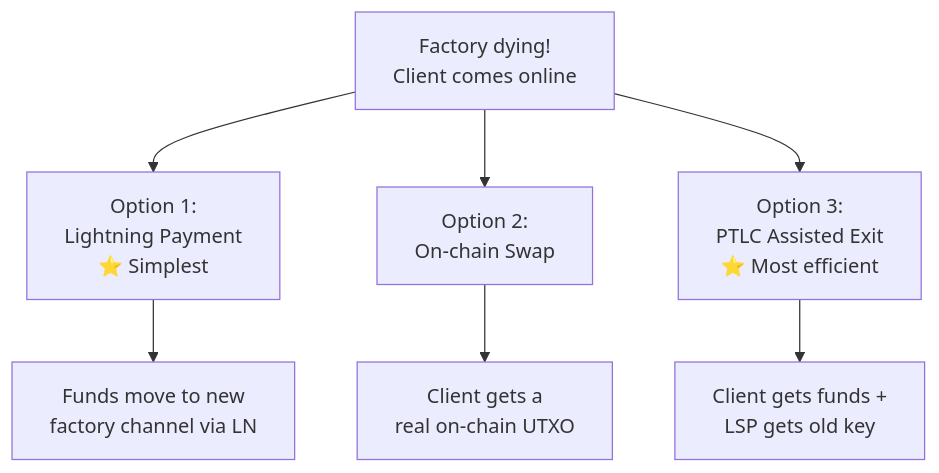
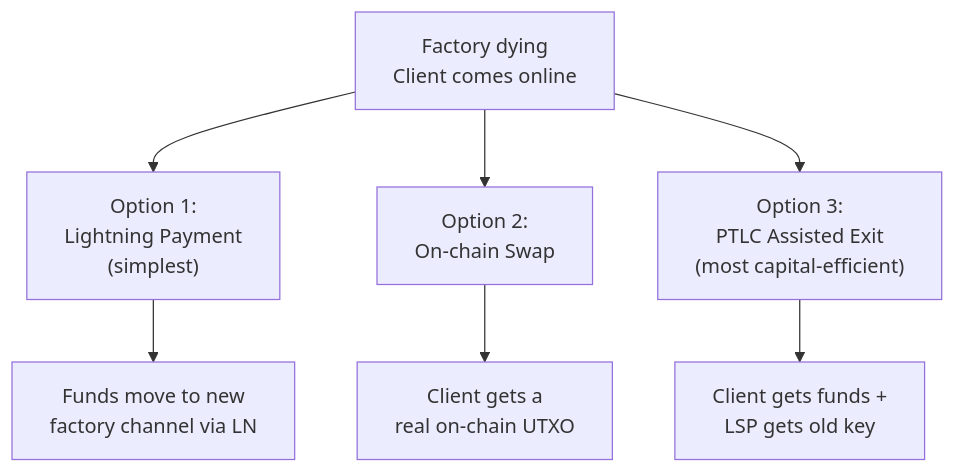
Before and after one commit to 8144225309/superscalar-docs: the second of 5 diagrams in how-it-works/client-migration.md, drawn with Mermaid. The commit also changed other lines of this file and 31 other files, not shown here.

````diff
--- a/how-it-works/client-migration.md
+++ b/how-it-works/client-migration.md
@@ -21,11 +21,11 @@
 ```mermaid
 flowchart TD
-    S["Factory dying!<br/>Client comes online"]
-    S --> O1["Option 1:<br/>Lightning Payment<br/>⭐ Simplest"]
+    S["Factory dying<br/>Client comes online"]
+    S --> O1["Option 1:<br/>Lightning Payment<br/>(simplest)"]
     S --> O2["Option 2:<br/>On-chain Swap"]
-    S --> O3["Option 3:<br/>PTLC Assisted Exit<br/>⭐ Most efficient"]
+    S --> O3["Option 3:<br/>PTLC Assisted Exit<br/>(most capital-efficient)"]
 
     O1 --> R1["Funds move to new<br/>factory channel via LN"]
     O2 --> R2["Client gets a<br/>real on-chain UTXO"]
     O3 --> R3["Client gets funds +<br/>LSP gets old key"]
 ```
````
